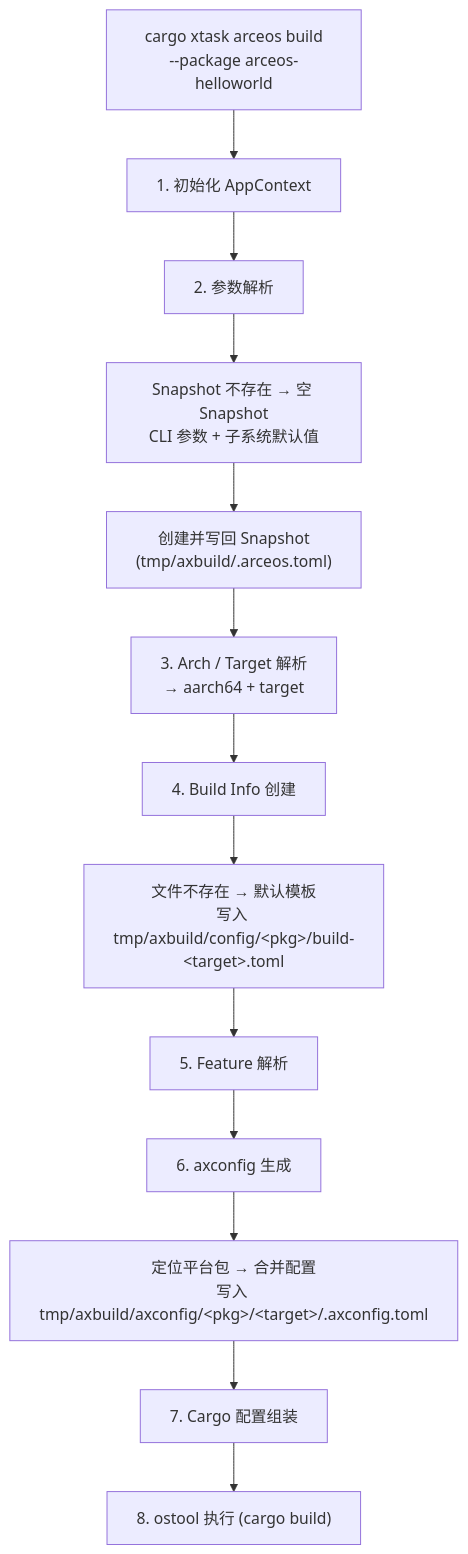
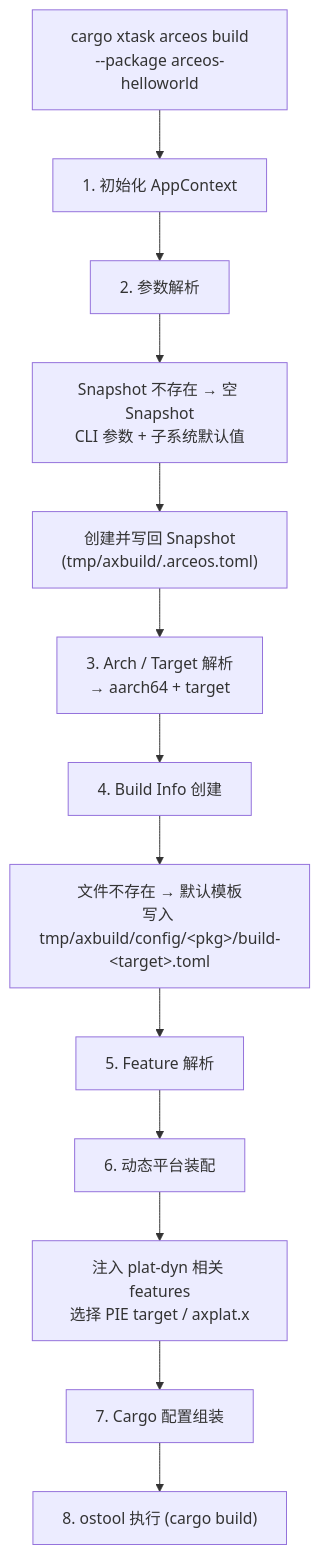
The first of 6 diagrams in docs/docs/build/build.md (rcore-os/tgoskits), drawn with Mermaid before and after one commit. The commit also changed other lines of this file and 204 other files, not shown here.

Commit message:
refactor(axbuild): remove static platform and axconfig generation, make dynamic platform the only path

````diff
--- a/docs/docs/build/build.md
+++ b/docs/docs/build/build.md
@@ -16,15 +16,15 @@
 ```mermaid
 flowchart TD
     A["cargo xtask arceos build<br/>--package arceos-helloworld"] --> B[1. 初始化 AppContext]
     B --> C["2. 参数解析"]
     C --> C1["Snapshot 不存在 → 空 Snapshot<br/>CLI 参数 + 子系统默认值"]
     C1 --> C2["创建并写回 Snapshot<br/>(tmp/axbuild/.arceos.toml)"]
     C2 --> D["3. Arch / Target 解析<br/>→ aarch64 + target"]
     D --> E["4. Build Info 创建"]
     E --> E1["文件不存在 → 默认模板<br/>写入 tmp/axbuild/config/&lt;pkg&gt;/build-&lt;target&gt;.toml"]
     E1 --> F["5. Feature 解析"]
-    F --> G["6. axconfig 生成"]
-    G --> G1["定位平台包 → 合并配置<br/>写入 tmp/axbuild/axconfig/&lt;pkg&gt;/&lt;target&gt;/.axconfig.toml"]
+    F --> G["6. 动态平台装配"]
+    G --> G1["注入 plat-dyn 相关 features<br/>选择 PIE target / axplat.x"]
     G1 --> H["7. Cargo 配置组装"]
     H --> I["8. ostool 执行 (cargo build)"]
 ```
````
